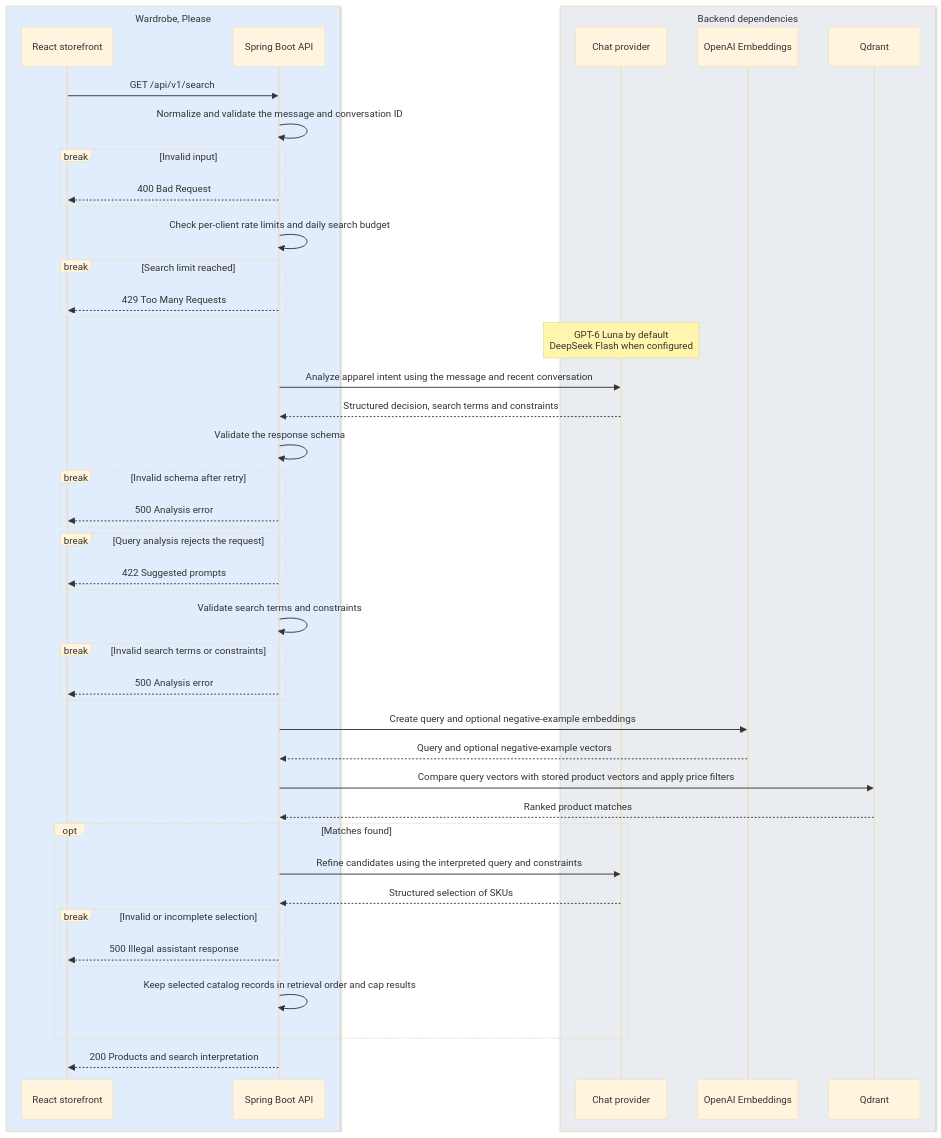
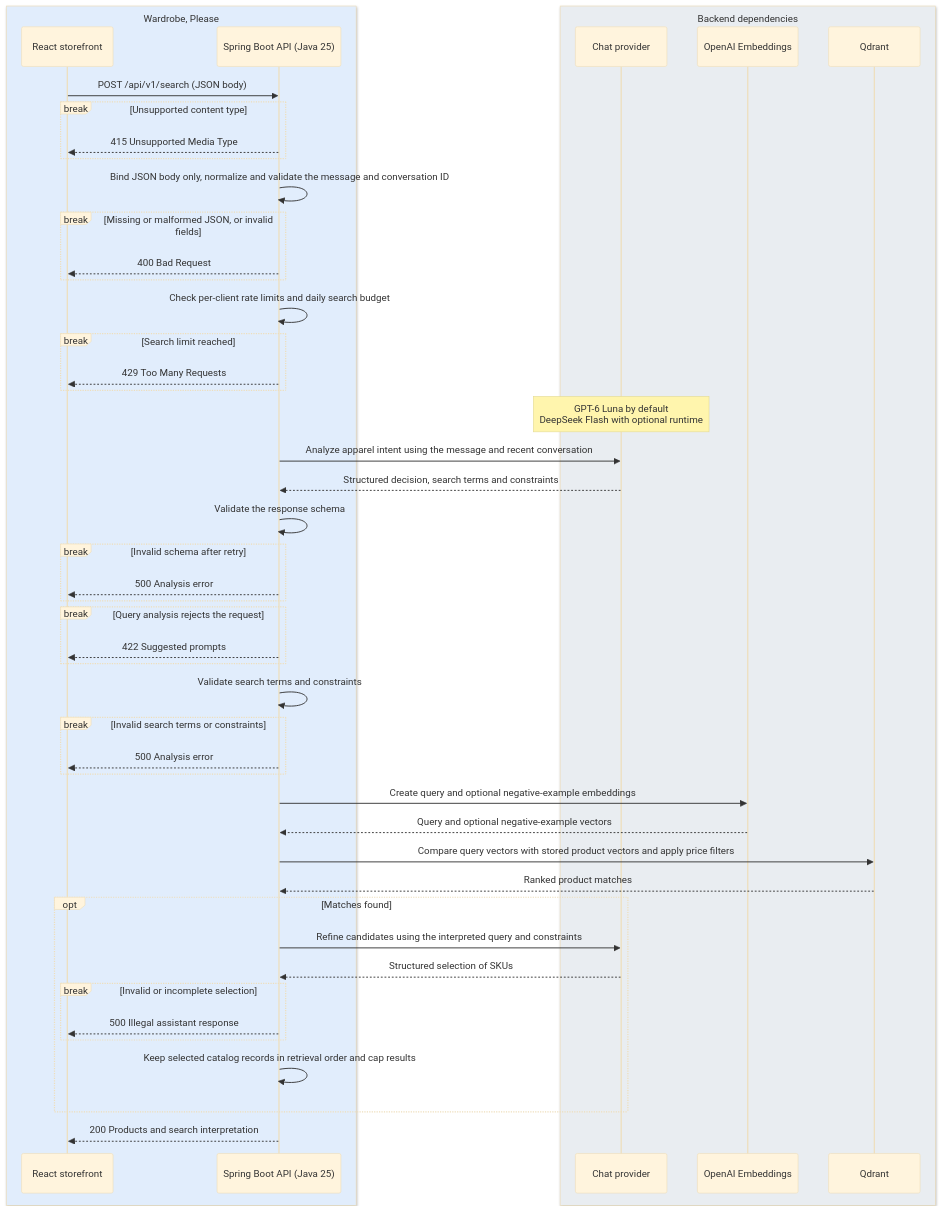
Before and after one commit to vladimirshu/wardrobe-please: the diagram in docs/architecture.md, drawn with Mermaid (base theme). The commit also changed other lines of this file and 76 other files, not shown here.

````diff
--- a/docs/architecture.md
+++ b/docs/architecture.md
@@ -7,55 +7,58 @@
 ```mermaid
 sequenceDiagram
     box rgb(225, 237, 252) Wardrobe, Please
         participant Shop as React storefront
-        participant API as Spring Boot API
+        participant API as Spring Boot API (Java 25)
     end
     box rgb(233, 237, 241) Backend dependencies
         participant Chat as Chat provider
         participant Embed as OpenAI Embeddings
         participant DB as Qdrant
     end
 
-    Shop->>API: GET /api/v1/search
-    API->>API: Normalize and validate the message and conversation ID
-    break Invalid input
+    Shop->>API: POST /api/v1/search (JSON body)
+    break Unsupported content type
+        API-->>Shop: 415 Unsupported Media Type
+    end
+    API->>API: Bind JSON body only, normalize and validate the message and conversation ID
+    break Missing or malformed JSON, or invalid fields
         API-->>Shop: 400 Bad Request
     end
 
     API->>API: Check per-client rate limits and daily search budget
     break Search limit reached
         API-->>Shop: 429 Too Many Requests
     end
 
-    Note over Chat: GPT-6 Luna by default<br/>DeepSeek Flash when configured
+    Note over Chat: GPT-6 Luna by default<br/>DeepSeek Flash with optional runtime
     API->>Chat: Analyze apparel intent using the message and recent conversation
     Chat-->>API: Structured decision, search terms and constraints
 
     API->>API: Validate the response schema
     break Invalid schema after retry
         API-->>Shop: 500 Analysis error
     end
 
     break Query analysis rejects the request
         API-->>Shop: 422 Suggested prompts
     end
 
     API->>API: Validate search terms and constraints
     break Invalid search terms or constraints
         API-->>Shop: 500 Analysis error
     end
 
     API->>Embed: Create query and optional negative-example embeddings
     Embed-->>API: Query and optional negative-example vectors
     API->>DB: Compare query vectors with stored product vectors and apply price filters
     DB-->>API: Ranked product matches
     opt Matches found
         API->>Chat: Refine candidates using the interpreted query and constraints
         Chat-->>API: Structured selection of SKUs
         break Invalid or incomplete selection
             API-->>Shop: 500 Illegal assistant response
         end
         API->>API: Keep selected catalog records in retrieval order and cap results
     end
     API-->>Shop: 200 Products and search interpretation
 ```
````
